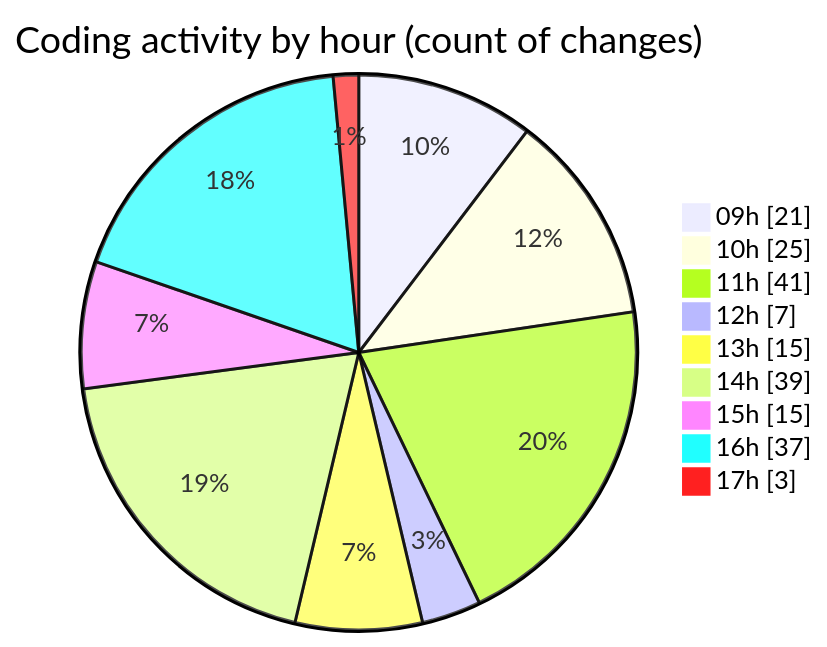
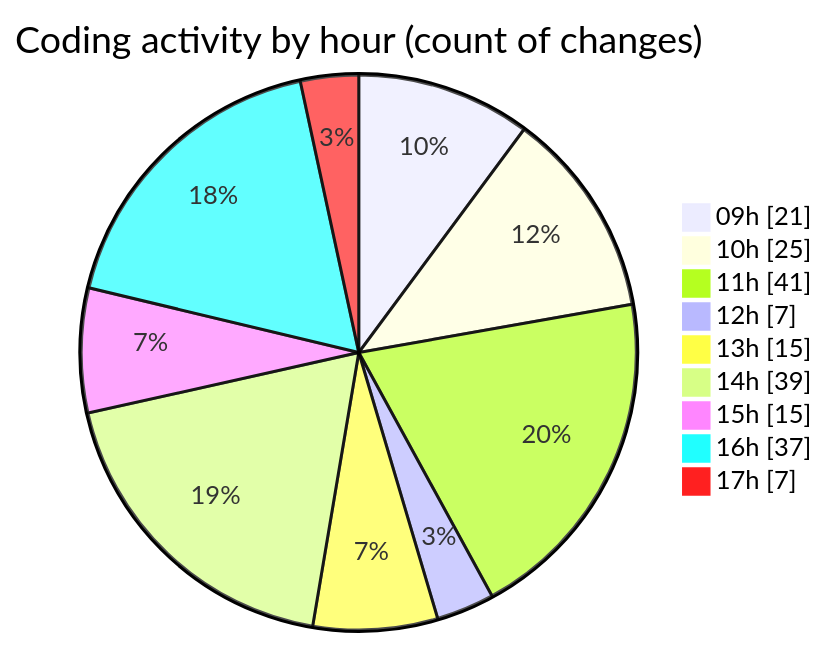
The second of 2 diagrams in 2025-12-01/cda/README.md (momahboobian/code-tracking), drawn with Mermaid before and after one commit. The commit also changed other lines of this file and 1 other file, not shown here.

````diff
--- a/2025-12-01/cda/README.md
+++ b/2025-12-01/cda/README.md
@@ -51,13 +51,13 @@
 ```mermaid
 pie showData
 title Coding activity by hour (count of changes)
 "09h" : 21
 "10h" : 25
 "11h" : 41
 "12h" : 7
 "13h" : 15
 "14h" : 39
 "15h" : 15
 "16h" : 37
-"17h" : 3
+"17h" : 7
 ```
````
